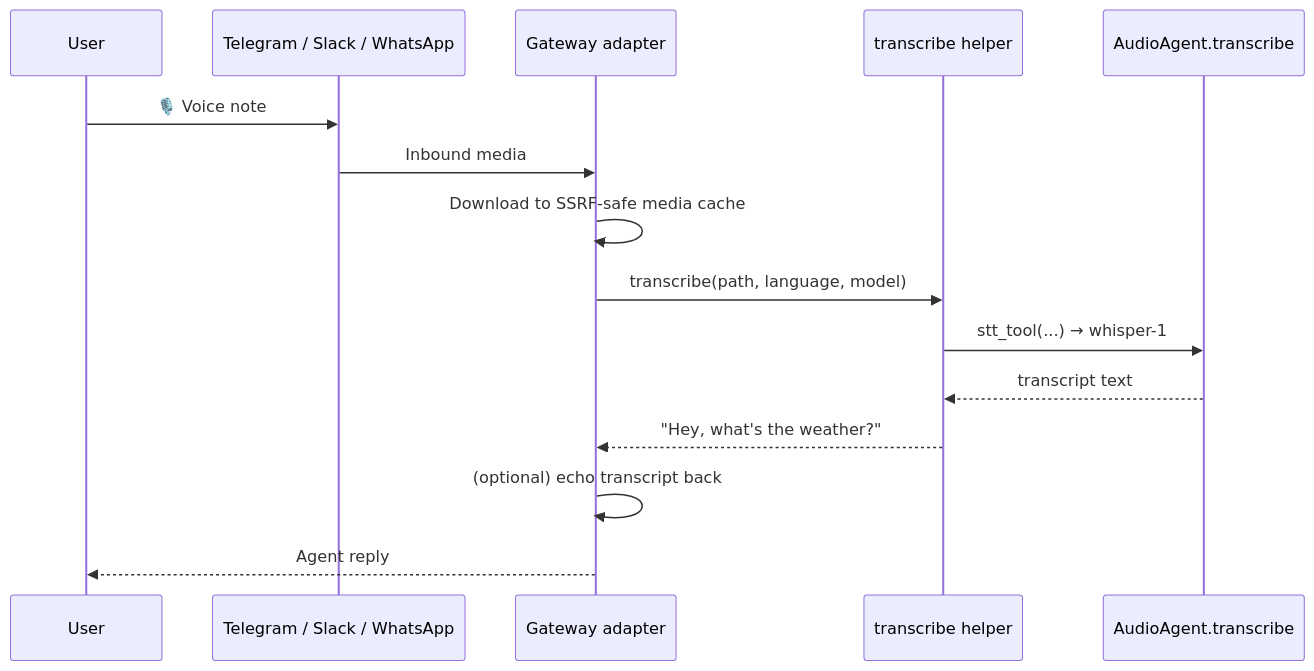
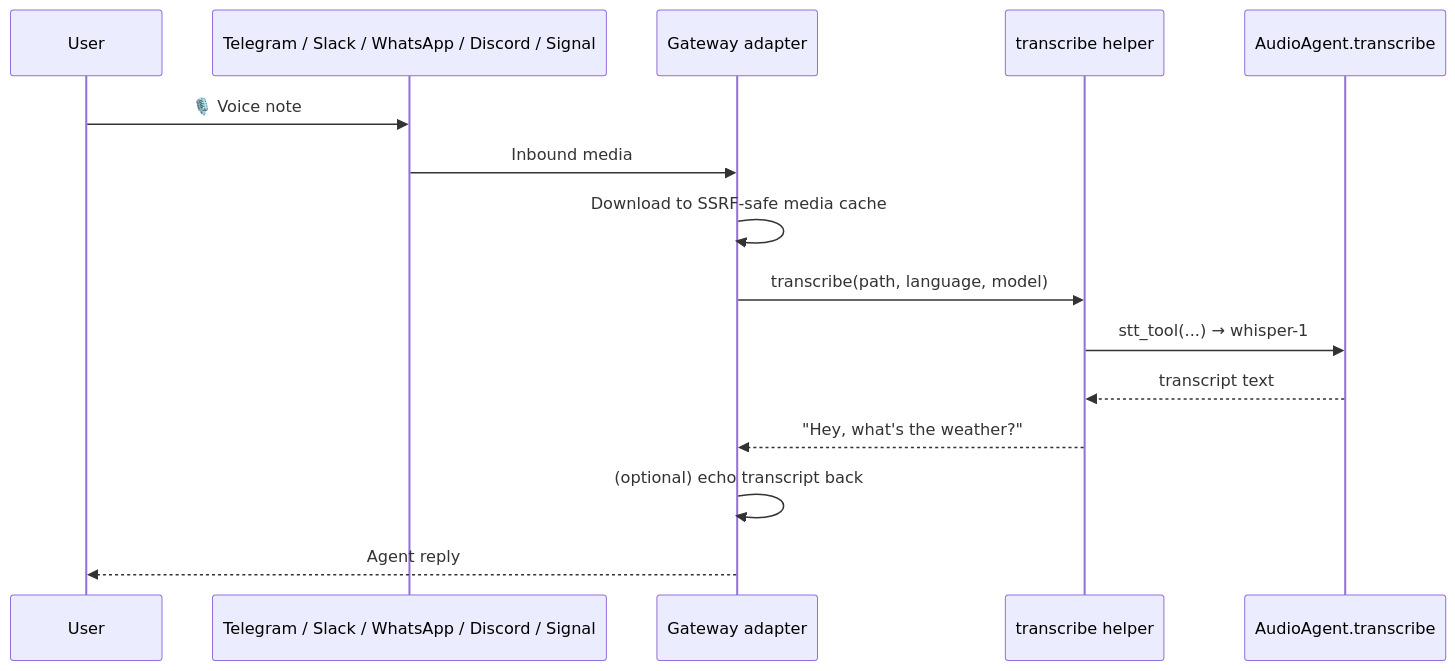
One commit to MervinPraison/PraisonAIDocs changed the second of 2 diagrams in docs/features/gateway-stt.mdx. Above: the diagram before and after it, drawn with Mermaid. The commit also changed other lines of this file and 4 other files, not shown here.

Commit message:
fix: document Discord and Signal voice-note transcription (fixes #4697)

````diff
--- a/docs/features/gateway-stt.mdx
+++ b/docs/features/gateway-stt.mdx
@@ -116,18 +116,18 @@
 ```mermaid
 sequenceDiagram
     participant User
-    participant Channel as Telegram / Slack / WhatsApp
+    participant Channel as Telegram / Slack / WhatsApp / Discord / Signal
     participant Adapter as Gateway adapter
     participant STT as transcribe helper
     participant Whisper as AudioAgent.transcribe
 
     User->>Channel: 🎙️ Voice note
     Channel->>Adapter: Inbound media
     Adapter->>Adapter: Download to SSRF-safe media cache
     Adapter->>STT: transcribe(path, language, model)
     STT->>Whisper: stt_tool(...) → whisper-1
     Whisper-->>STT: transcript text
     STT-->>Adapter: "Hey, what's the weather?"
     Adapter->>Adapter: (optional) echo transcript back
     Adapter-->>User: Agent reply
 ```
````
